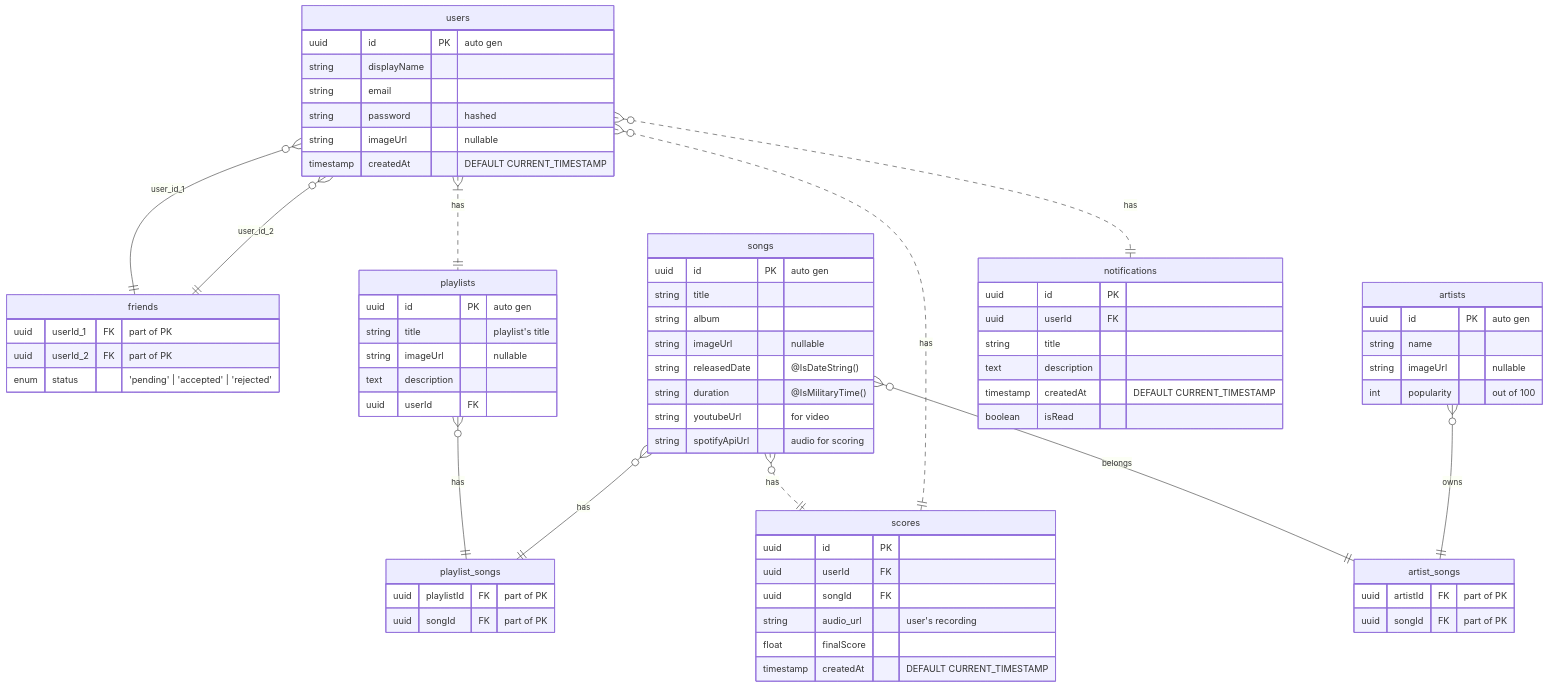
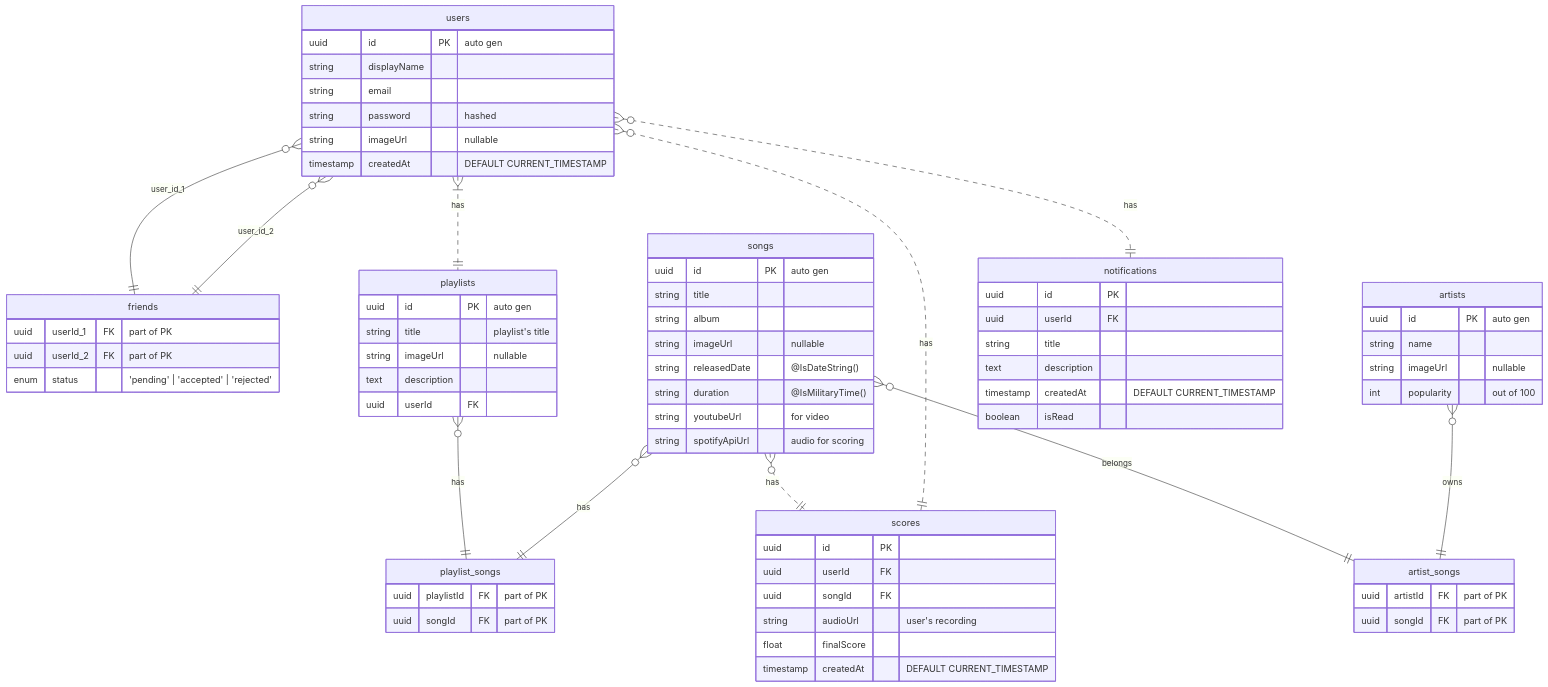
The first of 2 diagrams in README.md (manoke-uit/.github), drawn with Mermaid before and after one commit.

Commit message:
chore: slight fix

````diff
--- a/README.md
+++ b/README.md
@@ -2,75 +2,75 @@
 ``` mermaid
 erDiagram
     users {
         uuid id PK "auto gen"
         string displayName
         string email
         string password "hashed"
         string imageUrl "nullable"
         timestamp createdAt "DEFAULT CURRENT_TIMESTAMP"
     }
     friends {
         uuid userId_1 FK "part of PK"
         uuid userId_2 FK "part of PK"
         enum status "'pending' | 'accepted' | 'rejected'"
     }
     songs {
         uuid id PK "auto gen"
         string title
         string album
         string imageUrl "nullable"
         string releasedDate "@IsDateString()"
         string duration "@IsMilitaryTime()" 
         string youtubeUrl "for video"
         string spotifyApiUrl "audio for scoring"
     }
     playlists {
         uuid id PK "auto gen"
         string title "playlist's title"
         string imageUrl "nullable"
         text description
         uuid userId FK
     }
     playlist_songs {
         uuid playlistId FK "part of PK"
         uuid songId FK "part of PK"
     }
     artists {
         uuid id PK "auto gen"
         string name
         string imageUrl "nullable"
         int popularity "out of 100"
     }
     artist_songs {
         uuid artistId FK "part of PK"
         uuid songId FK "part of PK"
     }
     scores {
         uuid id PK
         uuid userId FK
         uuid songId FK
-        string audio_url "user's recording"
+        string audioUrl "user's recording"
         float finalScore
         timestamp createdAt "DEFAULT CURRENT_TIMESTAMP"
     }
     notifications {
         uuid id PK
         uuid userId FK
         string title
         text description
         timestamp createdAt "DEFAULT CURRENT_TIMESTAMP"
         boolean isRead
     }
     
     songs }o--|| artist_songs: belongs
     users }o..|| notifications: has
     users }o--|| friends: user_id_1
     users }o--|| friends: user_id_2
     users }|..|| playlists: has
     songs }o..|| scores: has
     users }o..|| scores: has
     playlists }o--|| playlist_songs: has
     songs }o--|| playlist_songs: has
     artists }o--|| artist_songs: owns
     
 ```
````
